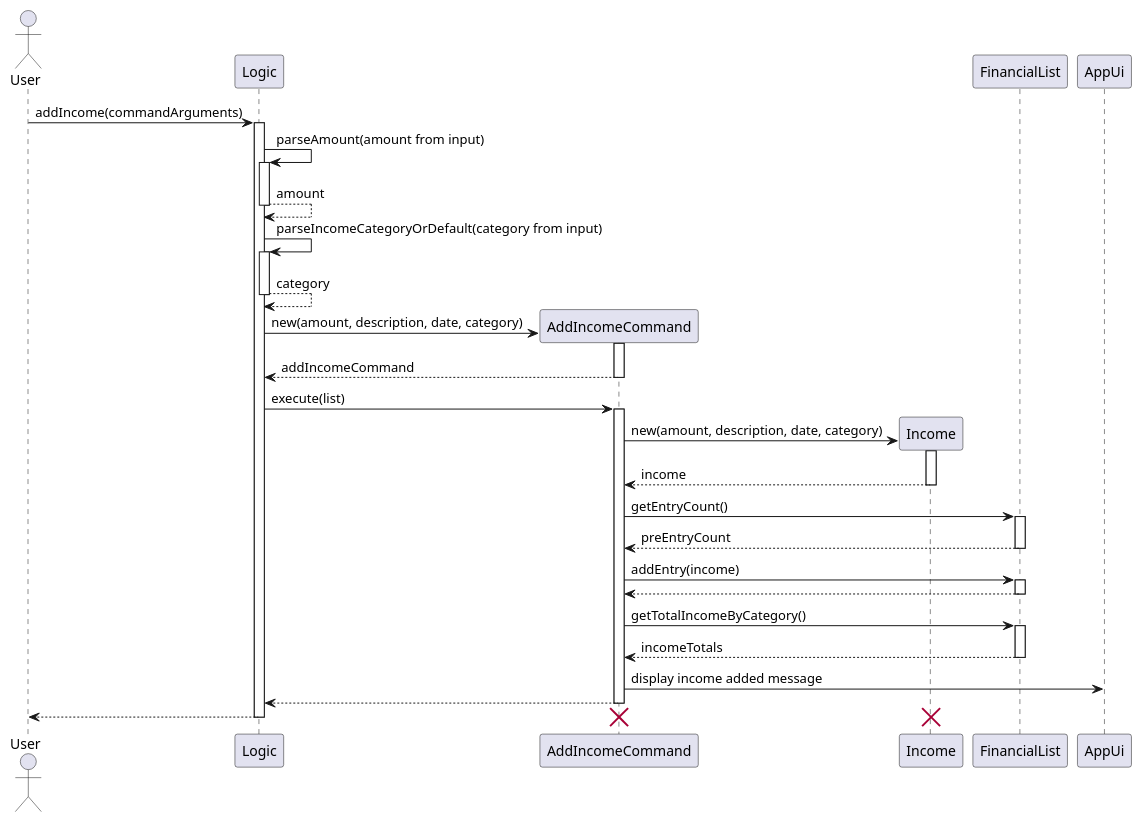
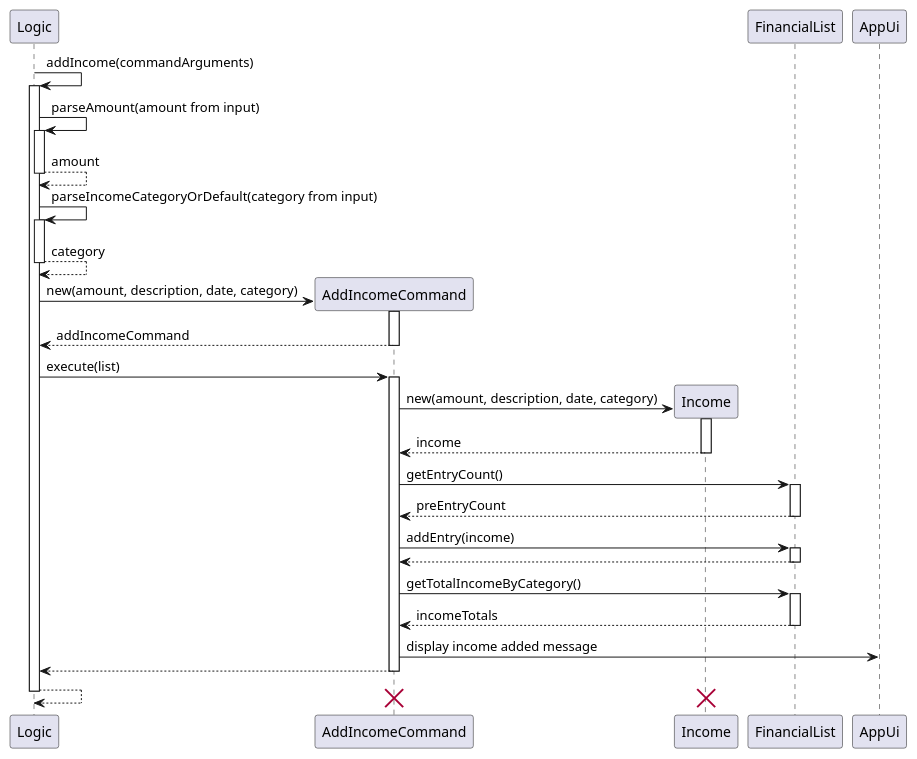
One commit to nus-cs2113-AY2425S1/tp changed the diagram in docs/UML/addIncomeCommandSequence.puml. Above: the diagram before and after it, drawn with PlantUML. The commit also changed 3 other files, not shown here.

Commit message:
Update DG UML

```diff
--- a/docs/UML/addIncomeCommandSequence.puml
+++ b/docs/UML/addIncomeCommandSequence.puml
@@ -1,48 +1,47 @@
 @startuml
-actor User
 participant Logic
 
-User -> Logic: addIncome(commandArguments)
+Logic -> Logic: addIncome(commandArguments)
 activate Logic
 
 Logic -> Logic: parseAmount(amount from input)
 activate Logic
 return amount
 
 Logic -> Logic: parseIncomeCategoryOrDefault(category from input)
 activate Logic
 return category
 
 create AddIncomeCommand
 Logic -> AddIncomeCommand: new(amount, description, date, category)
 activate AddIncomeCommand
 return addIncomeCommand
 Logic -> AddIncomeCommand: execute(list)
 activate AddIncomeCommand
 
 create Income
 AddIncomeCommand -> Income: new(amount, description, date, category)
 activate Income
 return income
 
 AddIncomeCommand -> FinancialList: getEntryCount()
 activate FinancialList
 return preEntryCount
 
 AddIncomeCommand -> FinancialList: addEntry(income)
 activate FinancialList
 return
 
 AddIncomeCommand -> FinancialList: getTotalIncomeByCategory()
 activate FinancialList
 return incomeTotals
 
 AddIncomeCommand -> AppUi: display income added message
 return
 
 return
 
 destroy Income
 destroy AddIncomeCommand
 
 @enduml
```
